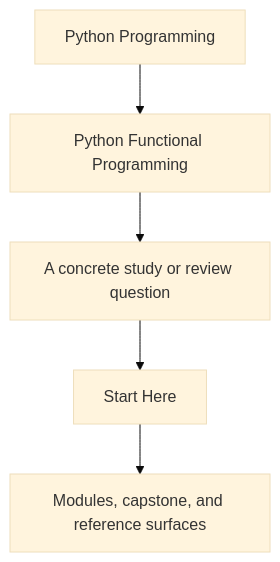
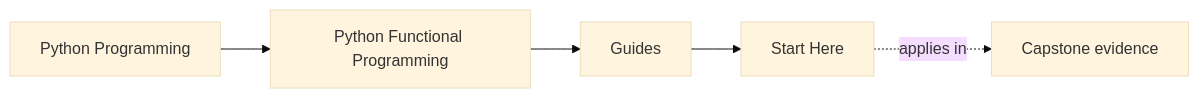
Before and after one commit to bijux/bijux-masterclass: the first of 2 diagrams in programs/python-programming/python-functional-programming/course-book/guides/start-here.md, drawn with Mermaid (base theme). The commit also changed other lines of this file and 73 other files, not shown here.

Commit message:
docs(python-functional-programming): map orientation through streaming foundations

````diff
--- a/programs/python-programming/python-functional-programming/course-book/guides/start-here.md
+++ b/programs/python-programming/python-functional-programming/course-book/guides/start-here.md
@@ -7,7 +7,11 @@
 ```mermaid
-flowchart TD
-  family["Python Programming"] --> program["Python Functional Programming"]
-  program --> pressure["A concrete study or review question"]
-  pressure --> guide["Start Here"]
-  guide --> next["Modules, capstone, and reference surfaces"]
+graph LR
+  family["Python Programming"]
+  program["Python Functional Programming"]
+  section["Guides"]
+  page["Start Here"]
+  capstone["Capstone evidence"]
+
+  family --> program --> section --> page
+  page -.applies in.-> capstone
 ```
````
